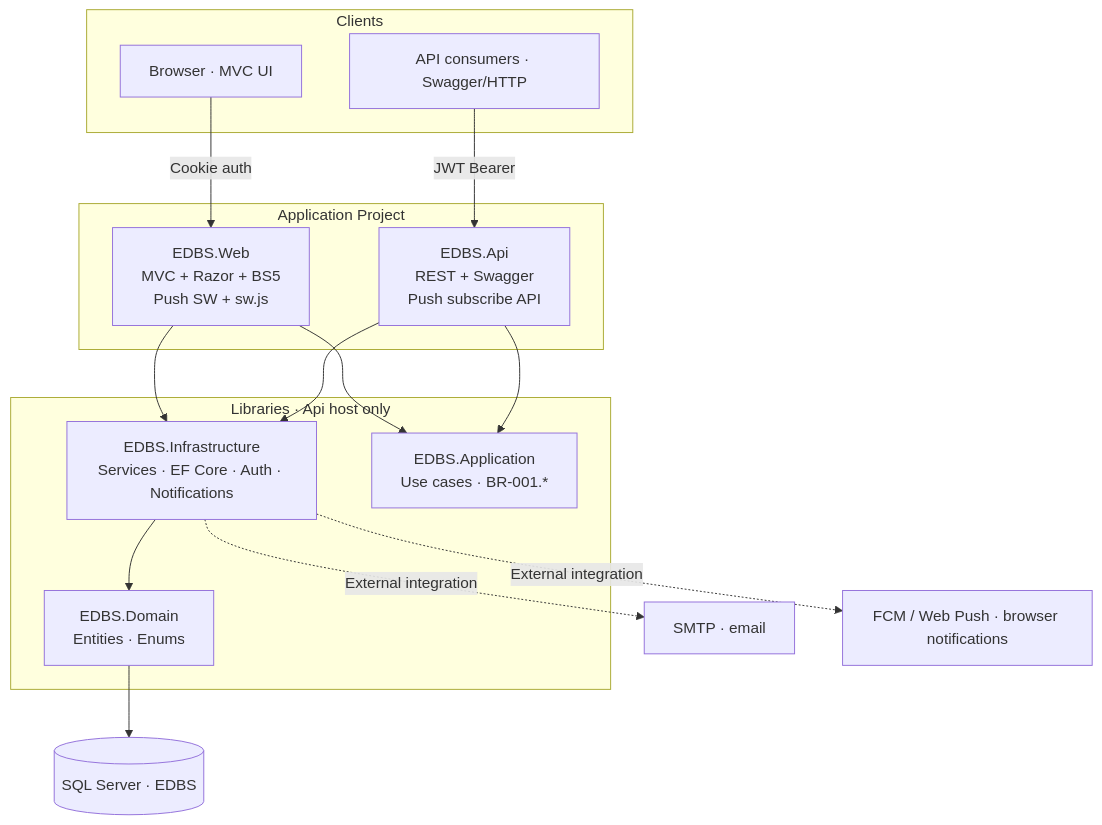
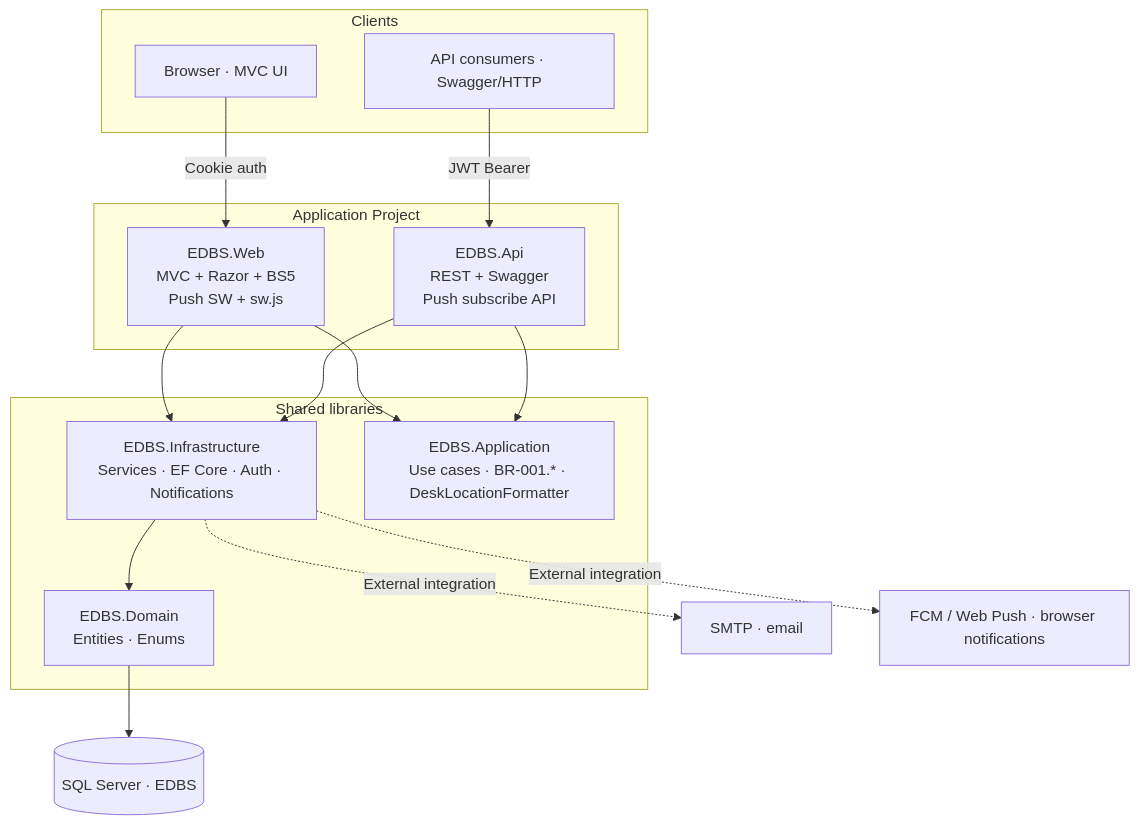
Before and after one commit to vishal-harne-trigent/Employee-Desk-Booking-System: the first of 3 diagrams in inception/architecture/technical-specification.md, drawn with Mermaid. The commit also changed other lines of this file and 1 other file, not shown here.

````diff
--- a/inception/architecture/technical-specification.md
+++ b/inception/architecture/technical-specification.md
@@ -88,33 +92,33 @@
 ```mermaid
 flowchart TB
     subgraph clients["Clients"]
         BROWSER["Browser · MVC UI"]
         APICLI["API consumers · Swagger/HTTP"]
     end
 
     subgraph appproj["Application Project"]
         WEB["EDBS.Web<br/>MVC + Razor + BS5<br/>Push SW + sw.js"]
         API["EDBS.Api<br/>REST + Swagger<br/>Push subscribe API"]
     end
 
-    subgraph libs["Libraries · Api host only"]
+    subgraph libs["Shared libraries"]
         INF["EDBS.Infrastructure<br/>Services · EF Core · Auth · Notifications"]
-        APP["EDBS.Application<br/>Use cases · BR-001.*"]
+        APP["EDBS.Application<br/>Use cases · BR-001.* · DeskLocationFormatter"]
         DOM["EDBS.Domain<br/>Entities · Enums"]
     end
 
     DB[("SQL Server · EDBS")]
     SMTP["SMTP · email"]
     PUSH["FCM / Web Push · browser notifications"]
 
     BROWSER -->|"Cookie auth"| WEB
     APICLI -->|"JWT Bearer"| API
     WEB --> APP
     WEB --> INF
     API --> APP
     API --> INF
     INF --> DOM
     DOM --> DB
     INF -.->|"External integration"| SMTP
     INF -.->|"External integration"| PUSH
 ```
````
